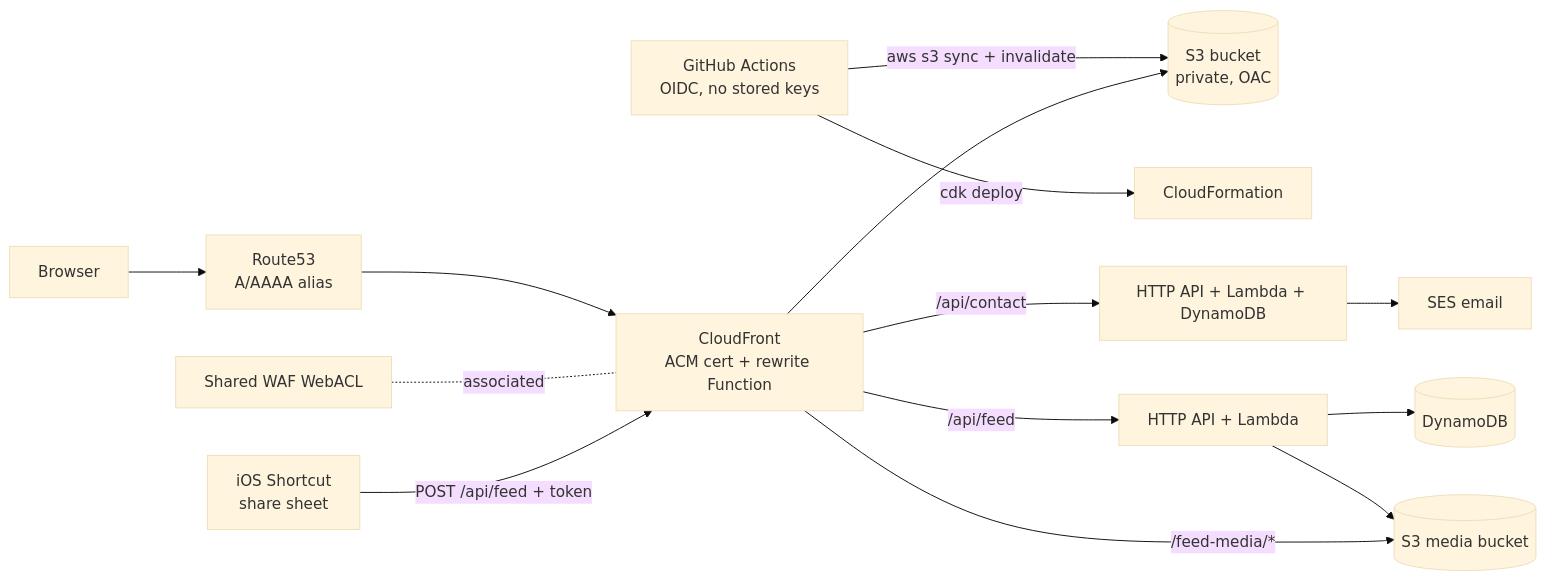
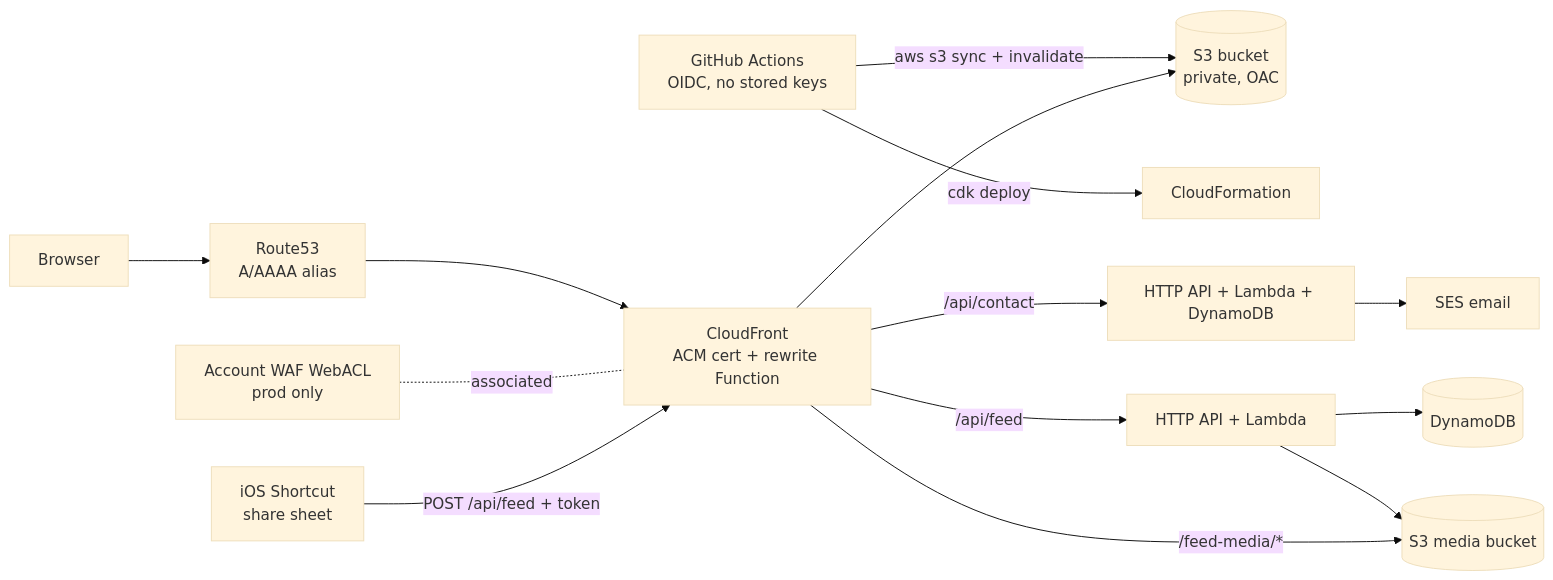
The diagram in README.md (rwaterman/website), drawn with Mermaid (base theme) before and after one commit. The commit also changed other lines of this file and 15 other files, not shown here.

````diff
--- a/README.md
+++ b/README.md
@@ -146,13 +146,13 @@
 ```mermaid
 flowchart LR
   GH[GitHub Actions<br/>OIDC, no stored keys] -->|aws s3 sync + invalidate| S3[(S3 bucket<br/>private, OAC)]
   GH -->|cdk deploy| CFN[CloudFormation]
   U[Browser] --> R53[Route53<br/>A/AAAA alias] --> CF[CloudFront<br/>ACM cert + rewrite Function]
   CF --> S3
-  WAF[Shared WAF WebACL] -.associated.- CF
+  WAF[Account WAF WebACL<br/>prod only] -.associated.- CF
   CF -->|/api/contact| API[HTTP API + Lambda + DynamoDB] --> SES[SES email]
   Phone[iOS Shortcut<br/>share sheet] -->|POST /api/feed + token| CF
   CF -->|/api/feed| FEED[HTTP API + Lambda] --> DDB[(DynamoDB)]
   FEED --> MEDIA[(S3 media bucket)]
   CF -->|/feed-media/*| MEDIA
 ```
````
